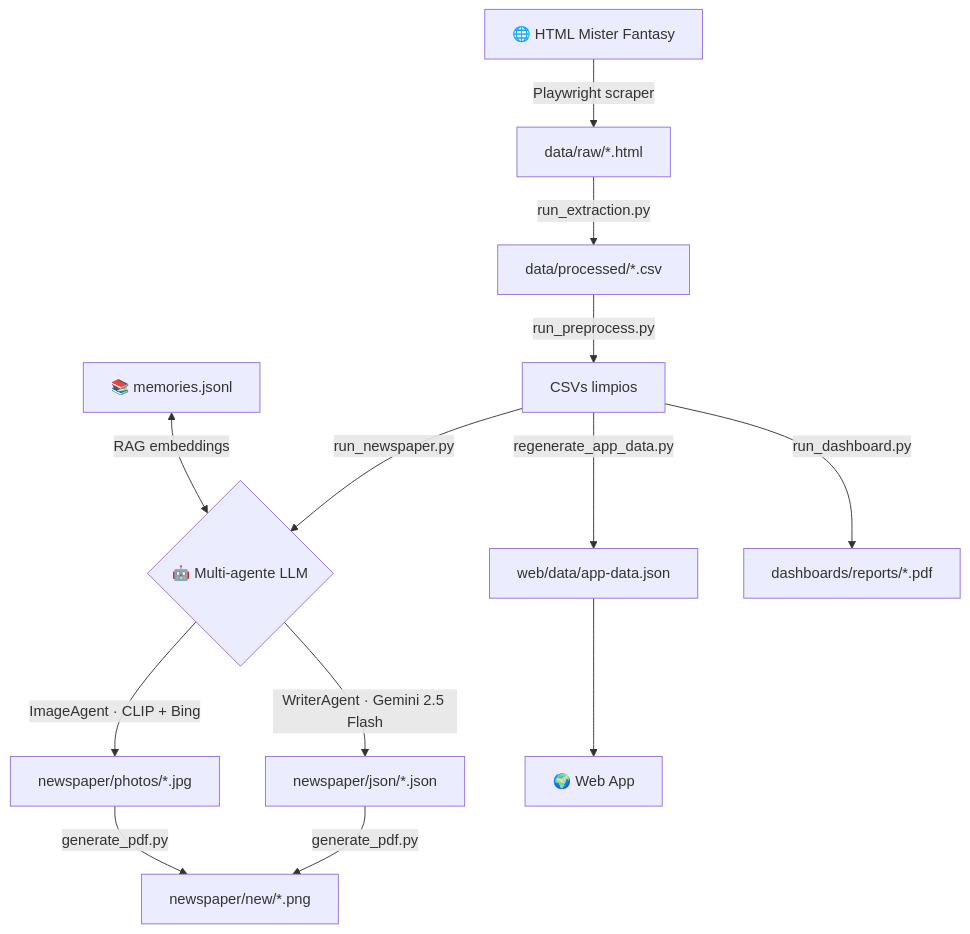
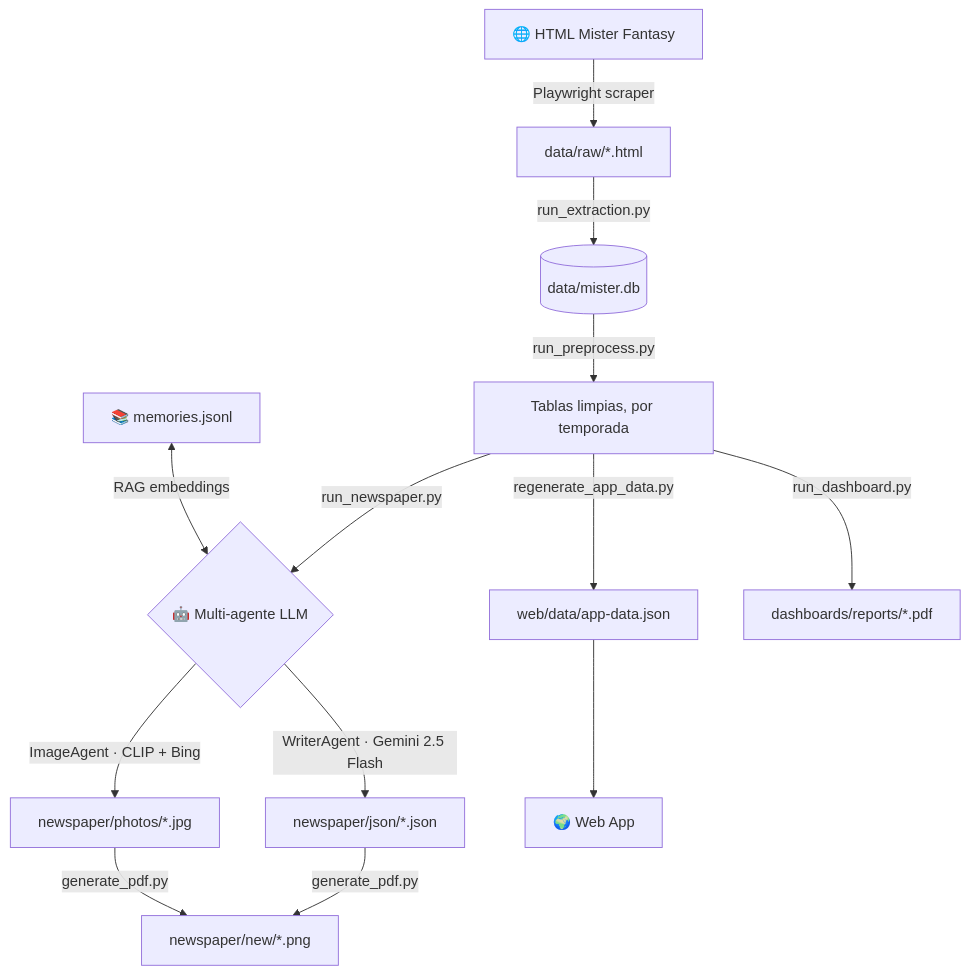
The diagram in docs/index.md (javica98/MisterFantasy_analytics), drawn with Mermaid before and after one commit. The commit also changed other lines of this file and 16 other files, not shown here.

First line of the commit message:
docs: documentar la migracion a SQLite por temporada

````diff
--- a/docs/index.md
+++ b/docs/index.md
@@ -26,18 +29,18 @@
 ```mermaid
 graph TD
     A[🌐 HTML Mister Fantasy] -->|Playwright scraper| B[data/raw/*.html]
-    B -->|run_extraction.py| C[data/processed/*.csv]
-    C -->|run_preprocess.py| D[CSVs limpios]
+    B -->|run_extraction.py| C[(data/mister.db)]
+    C -->|run_preprocess.py| D[Tablas limpias, por temporada]
 
     D -->|run_newspaper.py| E{🤖 Multi-agente LLM}
     E -->|WriterAgent · Gemini 2.5 Flash| F[newspaper/json/*.json]
     E -->|ImageAgent · CLIP + Bing| G[newspaper/photos/*.jpg]
     F & G -->|generate_pdf.py| H[newspaper/new/*.png]
 
     D -->|regenerate_app_data.py| I[web/data/app-data.json]
     I --> J[🌍 Web App]
 
     D -->|run_dashboard.py| K[dashboards/reports/*.pdf]
 
     L[📚 memories.jsonl] <-->|RAG embeddings| E
 ```
````
